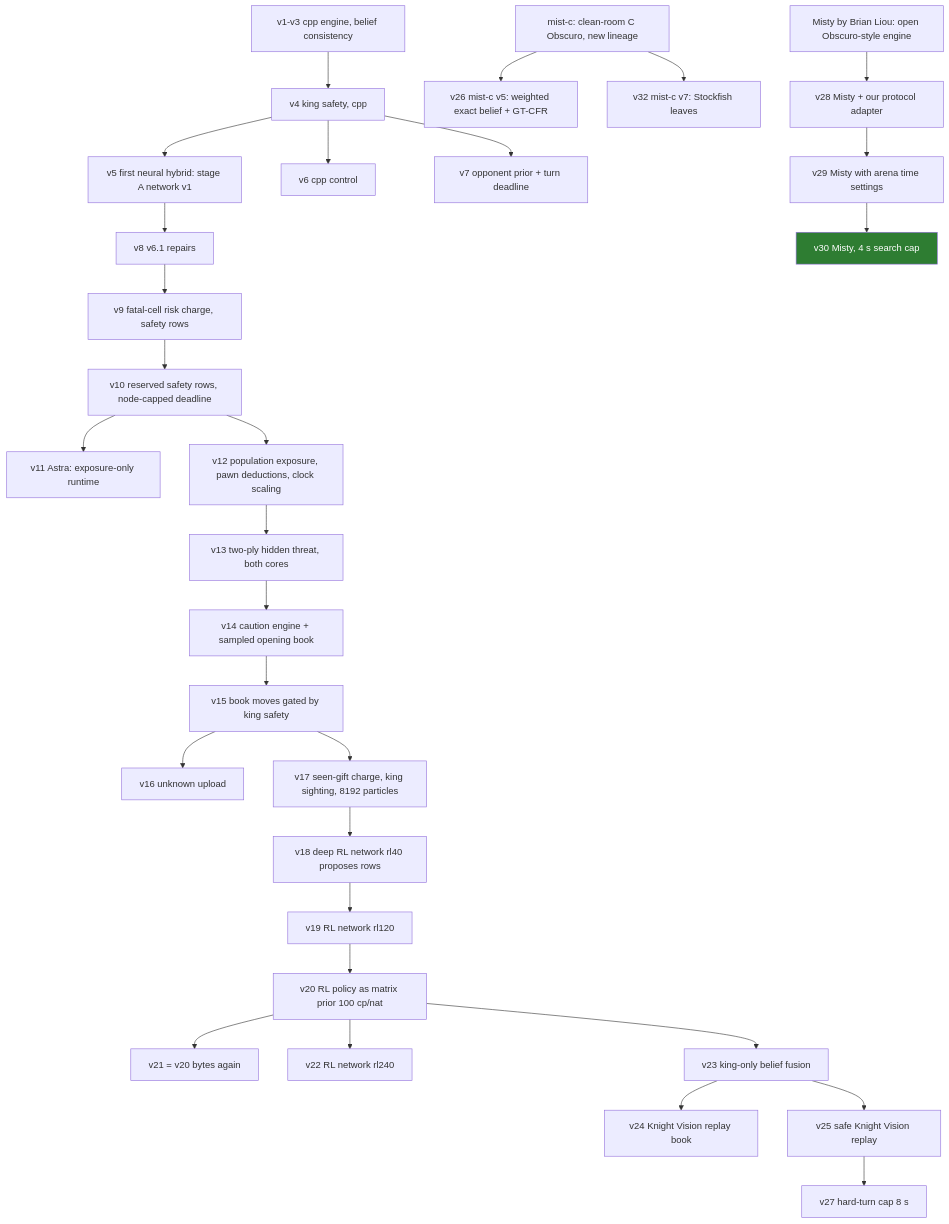
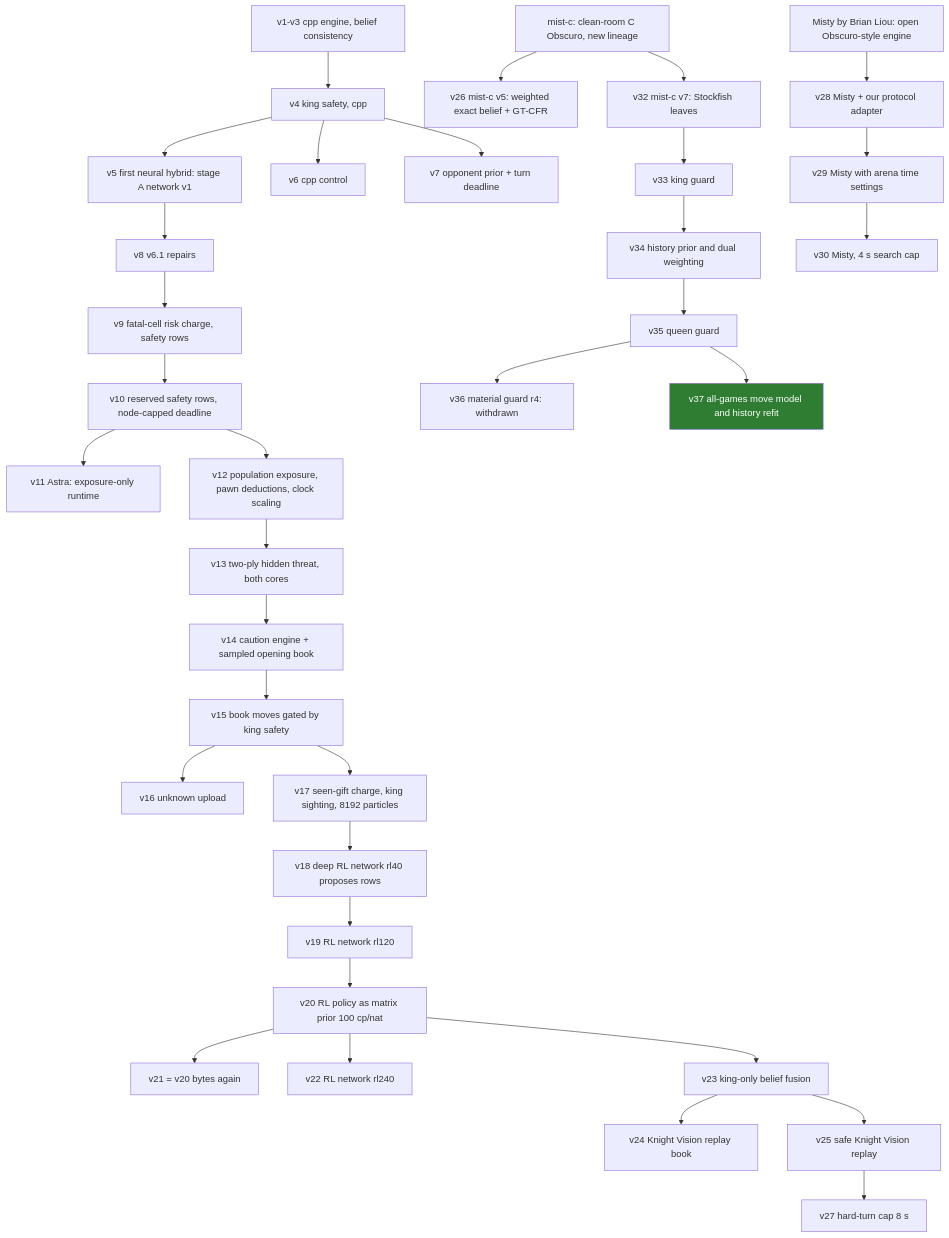
The diagram in MUTATIONS.md (htansetiawan/iamavirus), drawn with Mermaid before and after one commit. The commit also changed other lines of this file and 20 other files, not shown here.

````diff
--- a/MUTATIONS.md
+++ b/MUTATIONS.md
@@ -20,32 +20,35 @@
 ```mermaid
 flowchart TD
   v1[v1-v3 cpp engine, belief consistency] --> v4[v4 king safety, cpp]
   v4 --> v5[v5 first neural hybrid: stage A network v1]
   v4 --> v6[v6 cpp control]
   v4 --> v7[v7 opponent prior + turn deadline]
   v5 --> v8[v8 v6.1 repairs] --> v9[v9 fatal-cell risk charge, safety rows] --> v10[v10 reserved safety rows, node-capped deadline]
   v10 --> v11[v11 Astra: exposure-only runtime]
   v10 --> v12[v12 population exposure, pawn deductions, clock scaling]
   v12 --> v13[v13 two-ply hidden threat, both cores]
   v13 --> v14[v14 caution engine + sampled opening book]
   v14 --> v15[v15 book moves gated by king safety]
   v15 --> v16[v16 unknown upload]
   v15 --> v17[v17 seen-gift charge, king sighting, 8192 particles]
   v17 --> v18[v18 deep RL network rl40 proposes rows]
   v18 --> v19[v19 RL network rl120]
   v19 --> v20[v20 RL policy as matrix prior 100 cp/nat]
   v20 --> v21[v21 = v20 bytes again]
   v20 --> v22[v22 RL network rl240]
   v20 --> v23[v23 king-only belief fusion]
   v23 --> v24[v24 Knight Vision replay book]
   v23 --> v25[v25 safe Knight Vision replay]
   mc[mist-c: clean-room C Obscuro, new lineage] --> v26[v26 mist-c v5: weighted exact belief + GT-CFR]
   v25 --> v27[v27 hard-turn cap 8 s]
   misty[Misty by Brian Liou: open Obscuro-style engine] --> v28[v28 Misty + our protocol adapter]
   v28 --> v29[v29 Misty with arena time settings]
   v29 --> v30[v30 Misty, 4 s search cap]
   mc --> v32[v32 mist-c v7: Stockfish leaves]
+  v32 --> v33[v33 king guard] --> v34[v34 history prior and dual weighting] --> v35[v35 queen guard]
+  v35 --> v36[v36 material guard r4: withdrawn]
+  v35 --> v37[v37 all-games move model and history refit]
   classDef alive fill:#2e7d32,color:#fff;
   classDef cand fill:#f9a825,color:#000;
-  class v30 alive;
+  class v37 alive;
 ```
````
